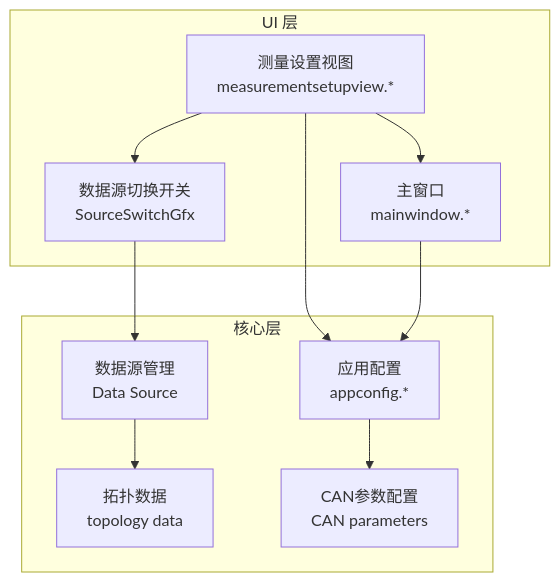
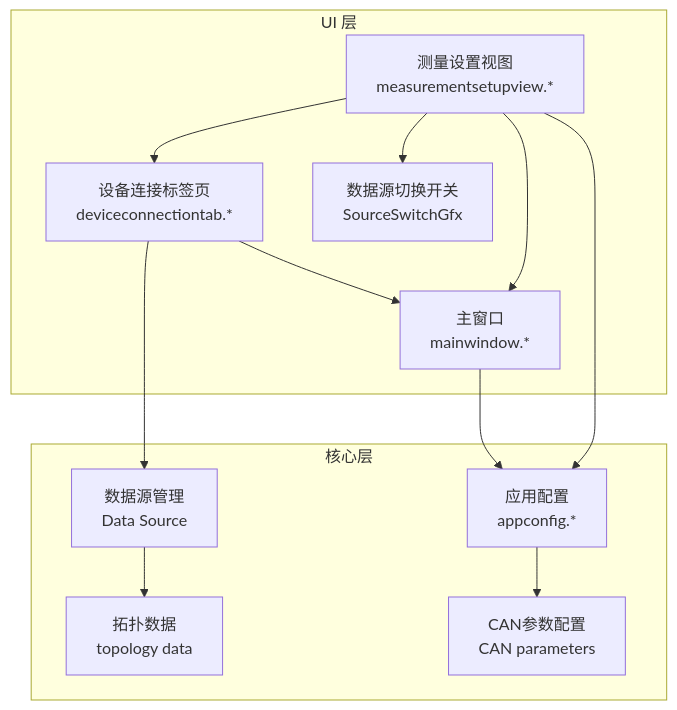
The first of 10 diagrams in .qoder/repowiki/zh/content/架构设计/UI系统设计/测量设置视图组件.md (jakecai1225-design/OpenBus), drawn with Mermaid before and after one commit. The commit also changed other lines of this file and 35 other files, not shown here.

````diff
--- a/.qoder/repowiki/zh/content/架构设计/UI系统设计/测量设置视图组件.md
+++ b/.qoder/repowiki/zh/content/架构设计/UI系统设计/测量设置视图组件.md
@@ -47,21 +47,24 @@
 ```mermaid
 graph TB
 subgraph "UI 层"
 MSV["测量设置视图<br/>measurementsetupview.*"]
 MW["主窗口<br/>mainwindow.*"]
+DCT["设备连接标签页<br/>deviceconnectiontab.*"]
 SSG["数据源切换开关<br/>SourceSwitchGfx"]
 end
 subgraph "核心层"
 AC["应用配置<br/>appconfig.*"]
 TD["拓扑数据<br/>topology data"]
 CP["CAN参数配置<br/>CAN parameters"]
 DS["数据源管理<br/>Data Source"]
 end
 MSV --> MW
+MSV --> DCT
 MSV --> AC
 MSV --> SSG
-SSG --> DS
+DCT --> MW
+DCT --> DS
 MW --> AC
 AC --> CP
 DS --> TD
 ```
````
